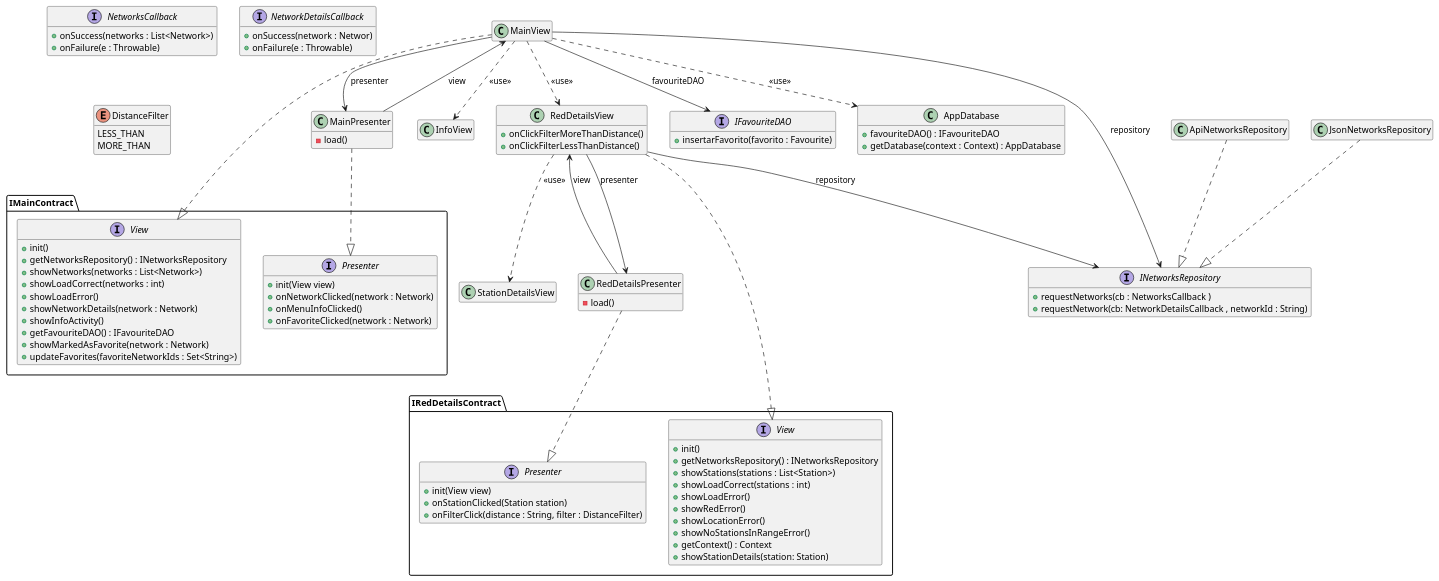
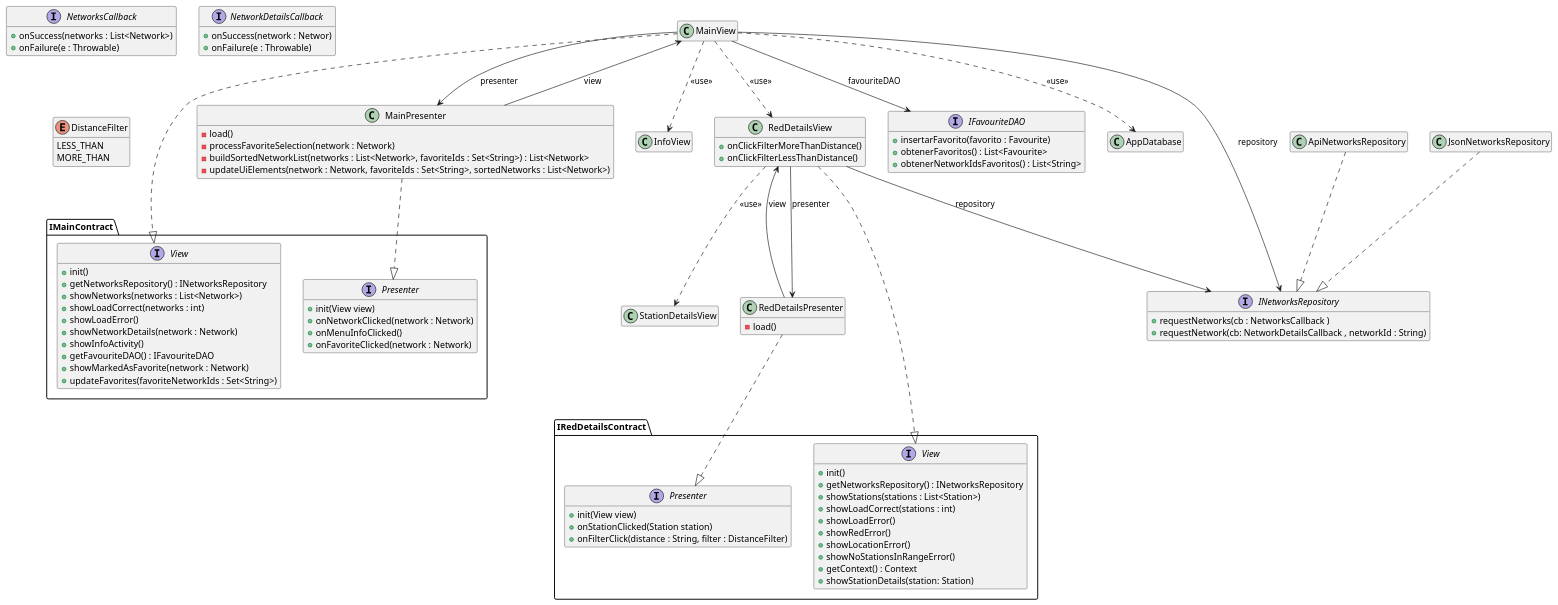
One commit to isunican/App-Bicis-Grupo1 changed the diagram in Docs/Models/architecture.puml. Above: the diagram before and after it, drawn with PlantUML.

Commit message:
Corregir modelo de arquitectura

```diff
--- a/Docs/Models/architecture.puml
+++ b/Docs/Models/architecture.puml
@@ -1,114 +1,114 @@
 @startuml architecture
 
 hide empty members
 
 MainView ..|> IMainContract.View
 MainPresenter ..|> IMainContract.Presenter
 MainView --> INetworksRepository : repository
 ApiNetworksRepository ..|> INetworksRepository
 JsonNetworksRepository ..|> INetworksRepository
 MainView --> MainPresenter : presenter
 MainPresenter --> MainView : view
 MainView ..> InfoView : <<use>>
 MainView ..> RedDetailsView : <<use>>
 RedDetailsView ..> StationDetailsView : <<use>>
 
 RedDetailsView ..|> IRedDetailsContract.View
 RedDetailsPresenter ..|> IRedDetailsContract.Presenter
 RedDetailsView --> INetworksRepository : repository
 RedDetailsView --> RedDetailsPresenter : presenter
 RedDetailsPresenter --> RedDetailsView : view
 MainView --> IFavouriteDAO : favouriteDAO
 MainView ..> AppDatabase : <<use>>
 
 class MainView {
 }
 
 class MainPresenter {
     -load()
+    - processFavoriteSelection(network : Network)
+    - buildSortedNetworkList(networks : List<Network>, favoriteIds : Set<String>) : List<Network>
+    - updateUiElements(network : Network, favoriteIds : Set<String>, sortedNetworks : List<Network>)
 }
 
 class InfoView
 
 class StationDetailsView
 
 class RedDetailsView {
     +onClickFilterMoreThanDistance()
     +onClickFilterLessThanDistance()
 }
 class RedDetailsPresenter {
     -load()
 }
 
-class AppDatabase {
-    + favouriteDAO() : IFavouriteDAO
-    + getDatabase(context : Context) : AppDatabase
-}
-
 class ApiNetworksRepository
 class JsonNetworksRepository
 
 interface IFavouriteDAO {
     + insertarFavorito(favorito : Favourite)
+    + obtenerFavoritos() : List<Favourite> 
+    + obtenerNetworkIdsFavoritos() : List<String> 
 }
 
 interface IMainContract.View {
     + init()
     + getNetworksRepository() : INetworksRepository
     + showNetworks(networks : List<Network>)
     + showLoadCorrect(networks : int)
     + showLoadError()
     + showNetworkDetails(network : Network)
     + showInfoActivity()
     + getFavouriteDAO() : IFavouriteDAO
     + showMarkedAsFavorite(network : Network)
     + updateFavorites(favoriteNetworkIds : Set<String>)
 }
 
 interface IMainContract.Presenter {
     + init(View view)
     + onNetworkClicked(network : Network)
     + onMenuInfoClicked()
     + onFavoriteClicked(network : Network)
 }
 
 interface IRedDetailsContract.View {
     + init()
     + getNetworksRepository() : INetworksRepository
     + showStations(stations : List<Station>)
     + showLoadCorrect(stations : int)
     + showLoadError()
     + showRedError()
     + showLocationError()
     + showNoStationsInRangeError()
     + getContext() : Context
     + showStationDetails(station: Station)
 }
 
 interface IRedDetailsContract.Presenter {
     + init(View view)
     + onStationClicked(Station station)
     + onFilterClick(distance : String, filter : DistanceFilter)
 }
 
 interface INetworksRepository {
     + requestNetworks(cb : NetworksCallback )
     + requestNetwork(cb: NetworkDetailsCallback , networkId : String)
 }
 
 interface NetworksCallback {
     + onSuccess(networks : List<Network>)
     + onFailure(e : Throwable)
 }
 
 interface NetworkDetailsCallback {
     + onSuccess(network : Networ)
     + onFailure(e : Throwable)
 }
 
 enum DistanceFilter {
     LESS_THAN
     MORE_THAN
 }
 
 @enduml
```
